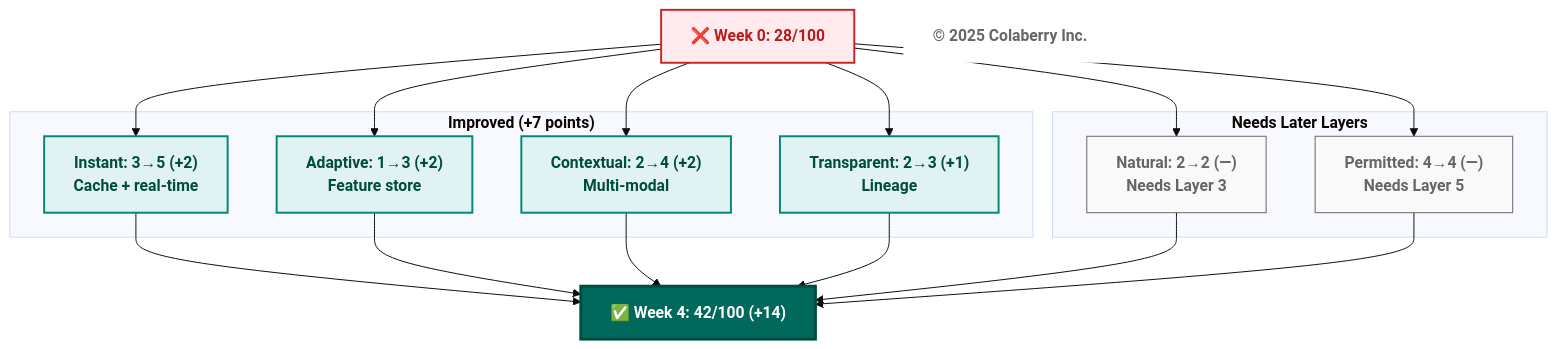
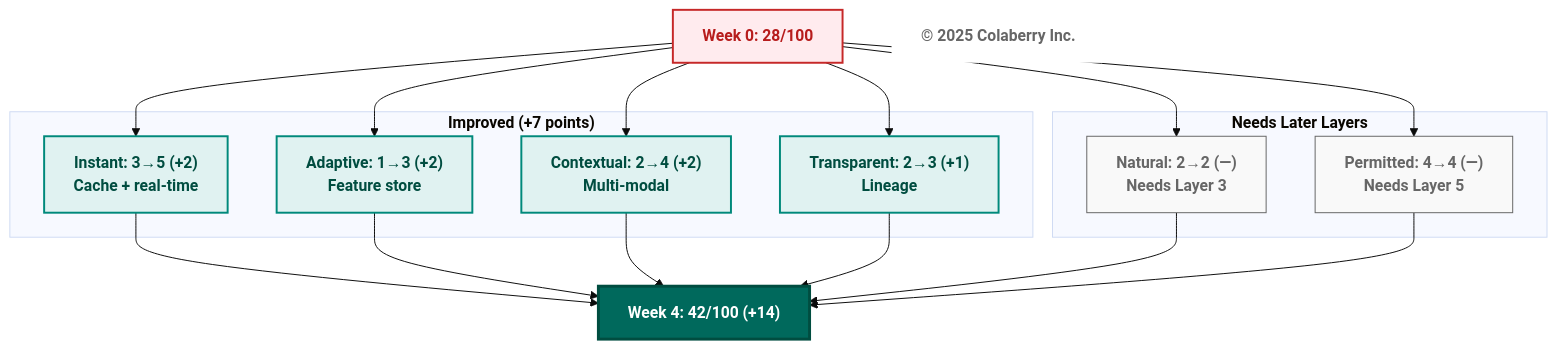
Before and after one commit to colaberry/trust-before-intelligence-book: diagram 11 of 11 in manuscript/05_chapter_4_foundation_layers_v4_1.md, drawn with Mermaid (base theme). The commit also changed other lines of this file, not shown here.

Commit message:
Fixing diagram 9 readability
Fixing diagram 9 readability

````diff
--- a/manuscript/05_chapter_4_foundation_layers_v4_1.md
+++ b/manuscript/05_chapter_4_foundation_layers_v4_1.md
@@ -1146,34 +1146,34 @@
 ```mermaid
 graph TB
-    BEFORE["<b>❌ Week 0: 28/100</b>"]
-    AFTER["<b>✅ Week 4: 42/100 (+14)</b>"]
+    BEFORE["<b>Week 0: 28/100</b>"]
+    AFTER["<b>Week 4: 42/100 (+14)</b>"]
     
     subgraph "<b>Improved (+7 points)</b>"
         A1["<b>Instant: 3→5 (+2)</b><br/><b>Cache + real-time</b>"]
         A4["<b>Adaptive: 1→3 (+2)</b><br/><b>Feature store</b>"]
         A5["<b>Contextual: 2→4 (+2)</b><br/><b>Multi-modal</b>"]
         A6["<b>Transparent: 2→3 (+1)</b><br/><b>Lineage</b>"]
     end
     
     subgraph "<b>Needs Later Layers</b>"
         B2["<b>Natural: 2→2 (—)</b><br/><b>Needs Layer 3</b>"]
         B3["<b>Permitted: 4→4 (—)</b><br/><b>Needs Layer 5</b>"]
     end
     
     Copyright["<b>© 2025 Colaberry Inc.</b>"]
     
     BEFORE --> A1 & A4 & A5 & A6
     BEFORE --> B2 & B3
     A1 & A4 & A5 & A6 --> AFTER
     B2 & B3 --> AFTER
     
     style BEFORE fill:#ffebee,stroke:#c62828,stroke-width:2px,color:#b71c1c
     style AFTER fill:#00695c,color:#ffffff,stroke:#004d40,stroke-width:3px
     style A1 fill:#e0f2f1,stroke:#00897b,stroke-width:2px,color:#004d40
     style A4 fill:#e0f2f1,stroke:#00897b,stroke-width:2px,color:#004d40
     style A5 fill:#e0f2f1,stroke:#00897b,stroke-width:2px,color:#004d40
     style A6 fill:#e0f2f1,stroke:#00897b,stroke-width:2px,color:#004d40
     style B2 fill:#f9f9f9,stroke:#666666,stroke-width:1px,color:#666666
     style B3 fill:#f9f9f9,stroke:#666666,stroke-width:1px,color:#666666
     style Copyright fill:#ffffff,stroke:none,color:#666666
 ```
````
